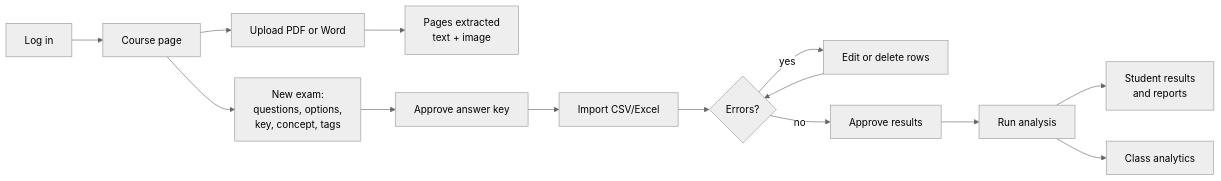
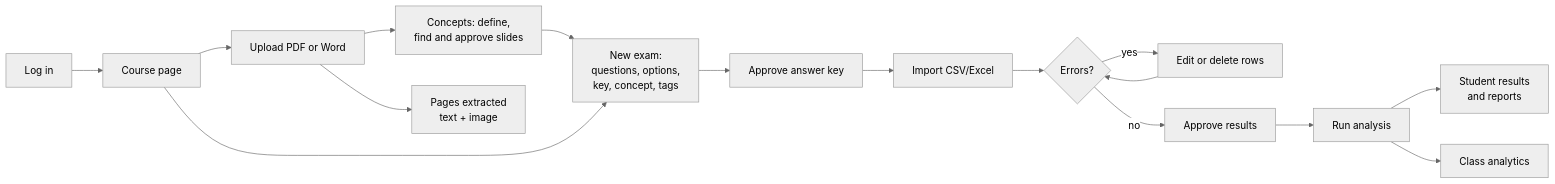
Before and after one commit to AhmedEbrahem25/gapmap: the first of 4 diagrams in docs/submission/03-Analysis/Workflows.md, drawn with Mermaid (neutral theme). The commit also changed other lines of this file and 34 other files, not shown here.

````diff
--- a/docs/submission/03-Analysis/Workflows.md
+++ b/docs/submission/03-Analysis/Workflows.md
@@ -8,16 +8,18 @@
 ```mermaid
 flowchart LR
   A[Log in] --> B[Course page]
   B --> C[Upload PDF or Word]
+  C --> N[Concepts: define,<br/>find and approve slides]
+  N --> E
   C --> D[Pages extracted<br/>text + image]
   B --> E[New exam:<br/>questions, options,<br/>key, concept, tags]
   E --> F[Approve answer key]
   F --> G[Import CSV/Excel]
   G --> H{Errors?}
   H -- yes --> I[Edit or delete rows]
   I --> H
   H -- no --> J[Approve results]
   J --> K[Run analysis]
   K --> L[Student results<br/>and reports]
   K --> M[Class analytics]
 ```
````
